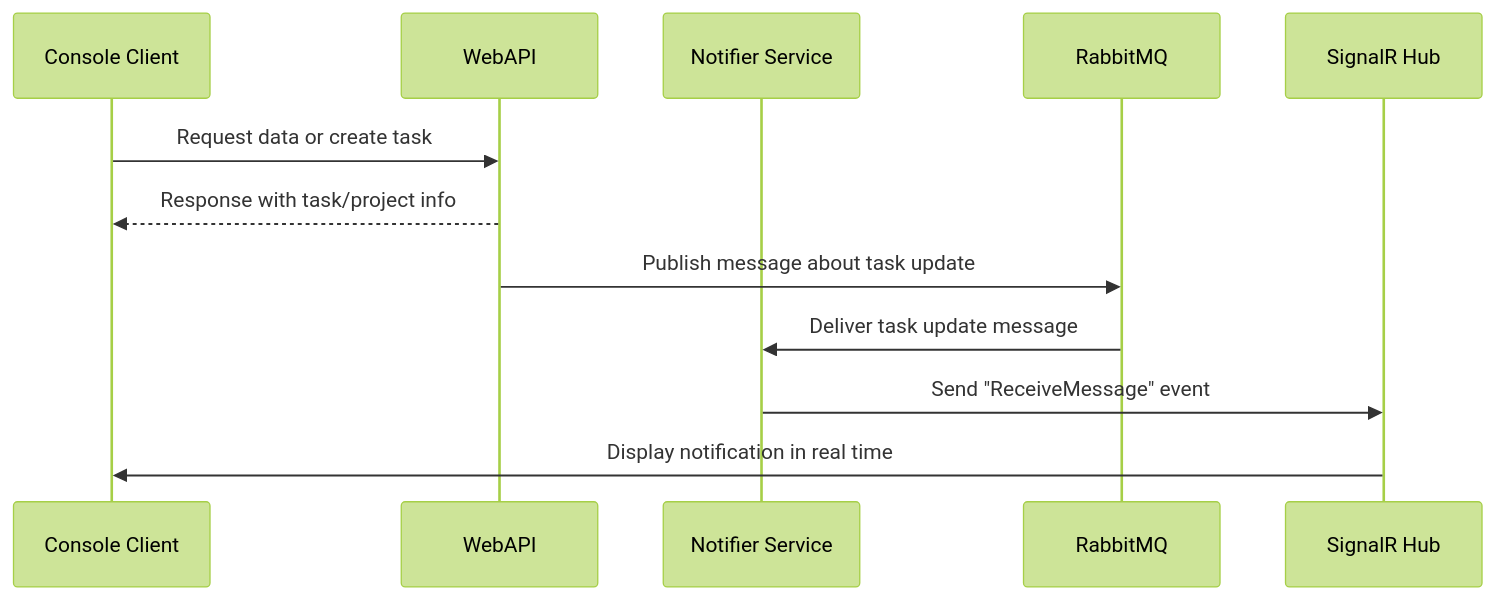
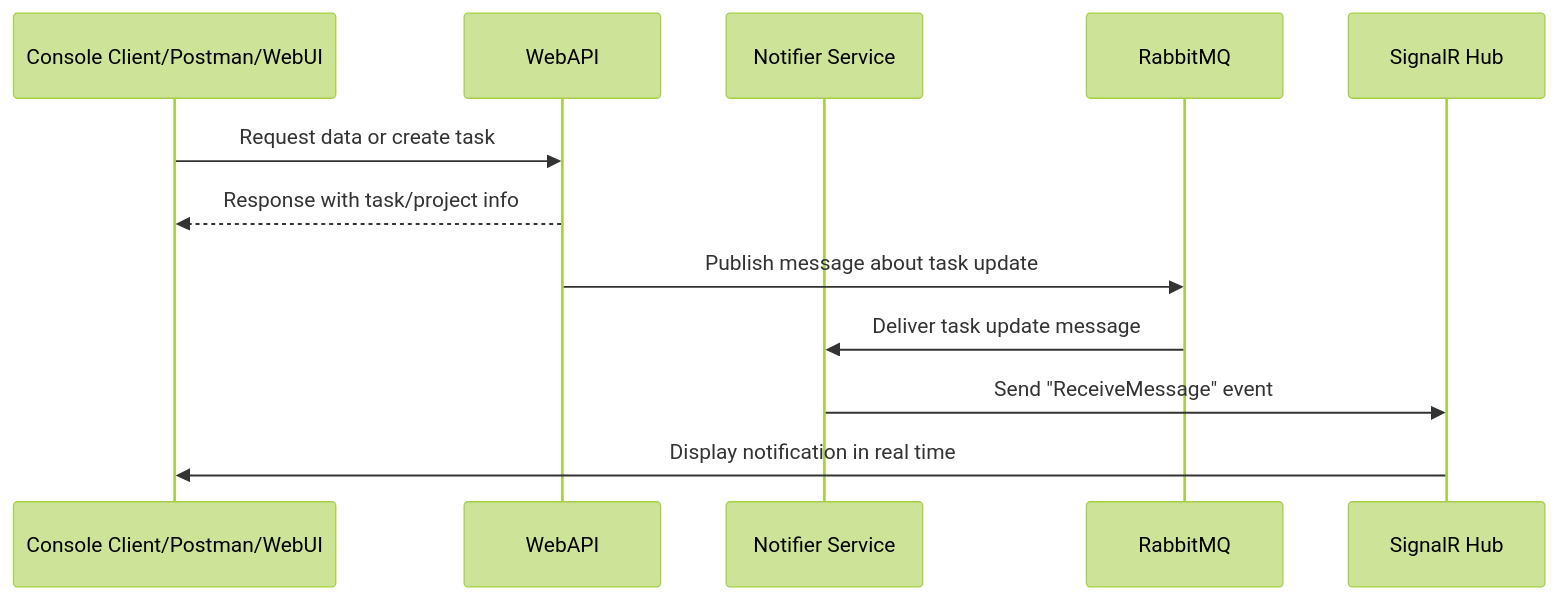
One commit to serhiiyasenev/TaskManager changed the first of 2 diagrams in README.md. Above: the diagram before and after it, drawn with Mermaid (forest theme). The commit also changed other lines of this file, not shown here.

````diff
--- a/README.md
+++ b/README.md
@@ -41,15 +41,15 @@
 ```mermaid
 sequenceDiagram
-    participant Client as Console Client
+    participant Client as Console Client/Postman/WebUI
     participant WebAPI as WebAPI
     participant Notifier as Notifier Service
     participant Rabbit as RabbitMQ
     participant SignalR as SignalR Hub
 
     Client->>WebAPI: Request data or create task
     WebAPI-->>Client: Response with task/project info
     WebAPI->>Rabbit: Publish message about task update
     Rabbit->>Notifier: Deliver task update message
     Notifier->>SignalR: Send "ReceiveMessage" event
     SignalR->>Client: Display notification in real time
 ```
````
